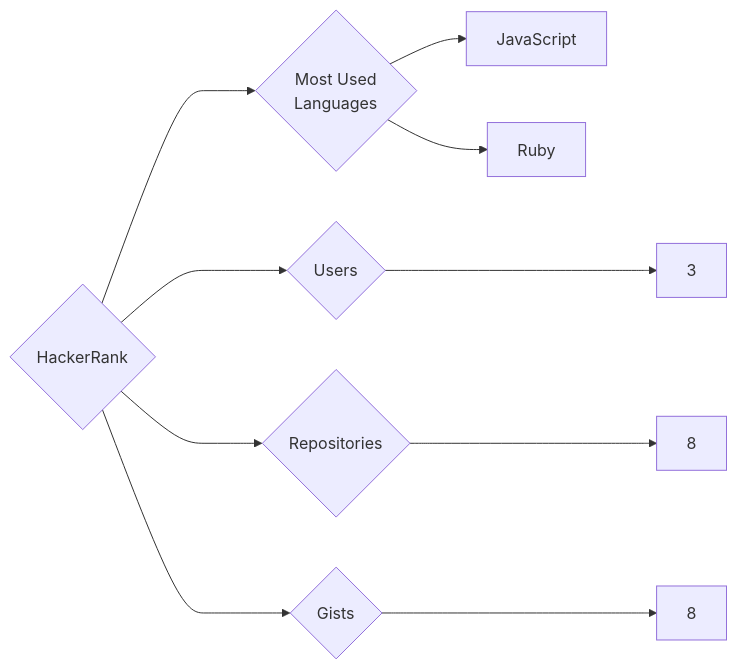
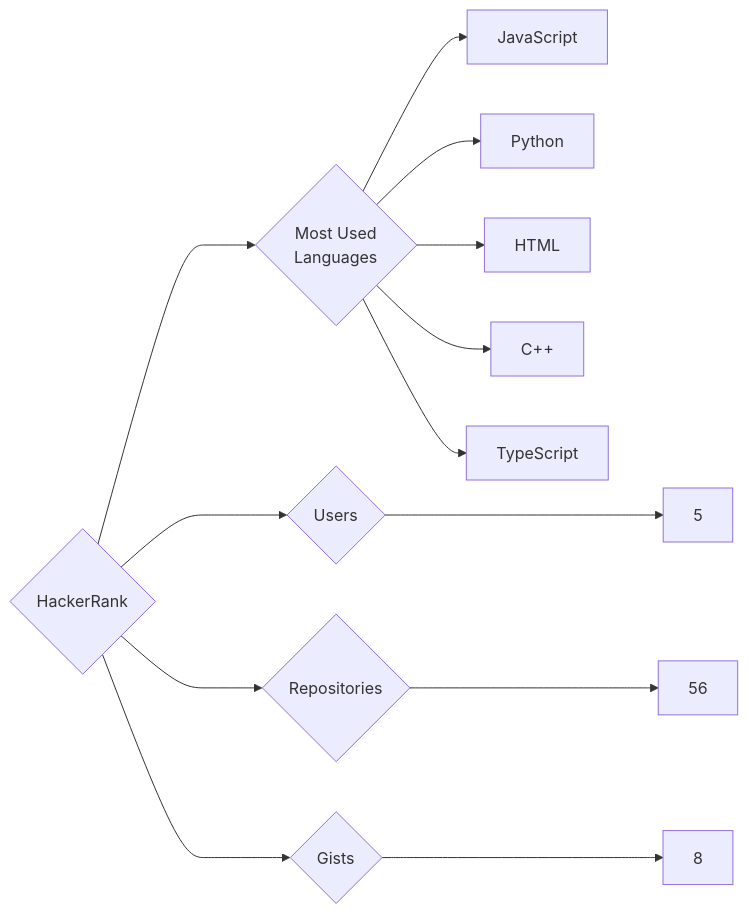
Before and after one commit to trickest/insiders: the diagram in targets/HackerRank/README.md, drawn with Mermaid. The commit also changed 860 other files, not shown here.

````diff
--- a/targets/HackerRank/README.md
+++ b/targets/HackerRank/README.md
@@ -3,10 +3,13 @@
 ```mermaid
 graph LR
 COMPANY_NAME{HackerRank}
-COMPANY_NAME ---> U{Users} ---> UN[3]
-COMPANY_NAME ---> R{Repositories} ---> RN[8]
+COMPANY_NAME ---> U{Users} ---> UN[5]
+COMPANY_NAME ---> R{Repositories} ---> RN[56]
 COMPANY_NAME ---> G{Gists} ---> GN[8]
 COMPANY_NAME ---> ML{Most Used<br>Languages}
 ML --> JavaScript[JavaScript]
-ML --> Ruby[Ruby]
+ML --> Python[Python]
+ML --> HTML[HTML]
+ML --> C++[C++]
+ML --> TypeScript[TypeScript]
 ```
````
